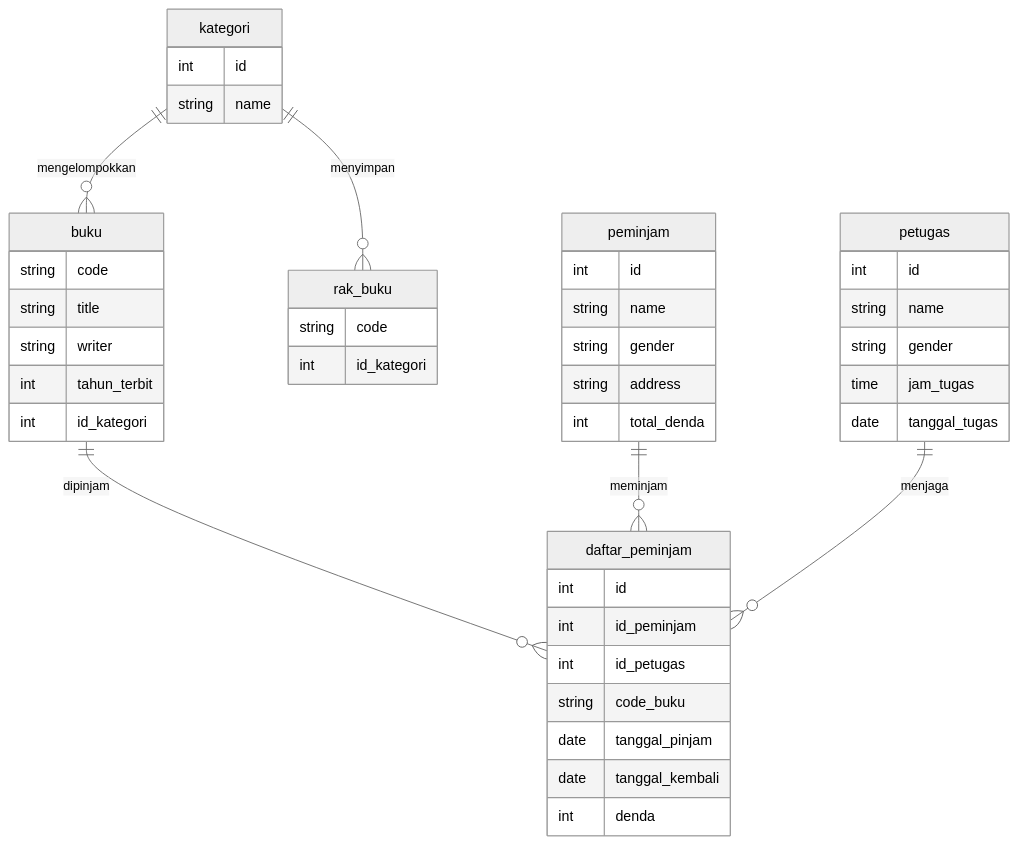
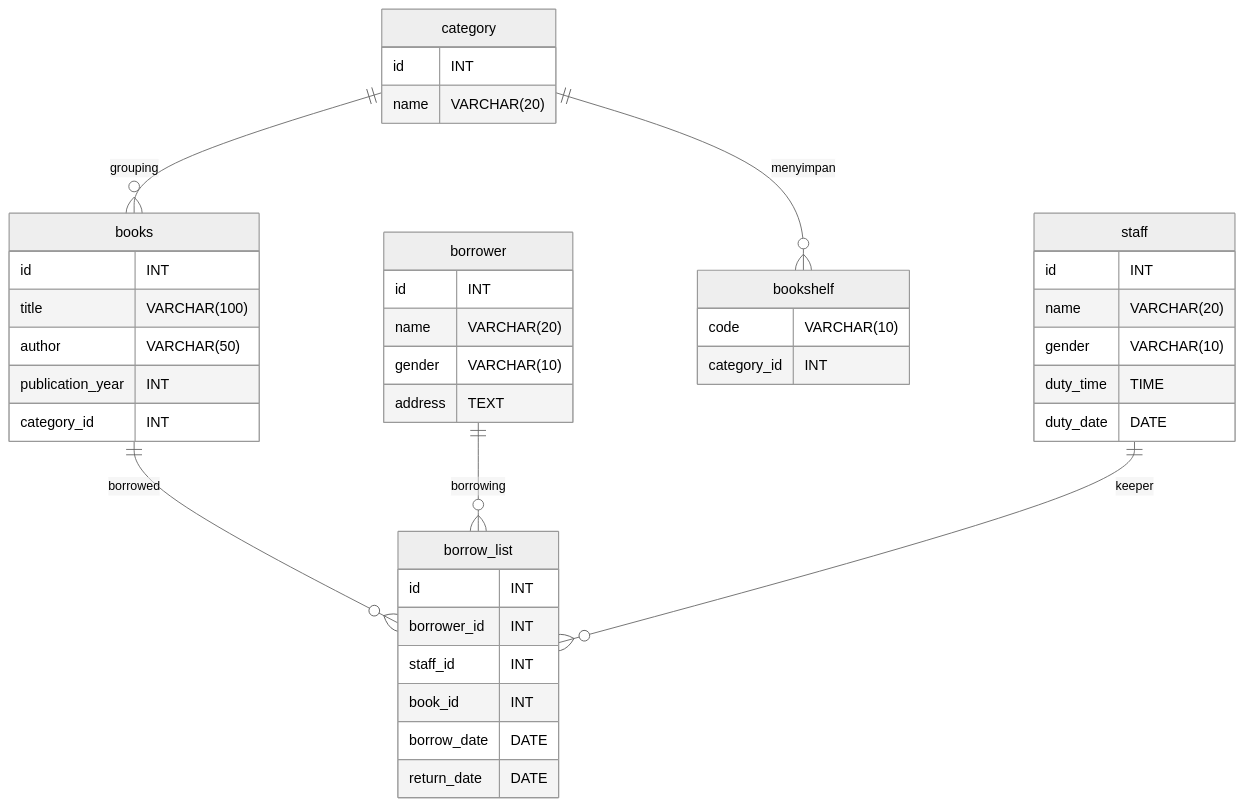
Before and after one commit to siddiq24/koda-b4-db1: the diagram in README.md, drawn with Mermaid (neutral theme). The commit also changed other lines of this file and 3 other files, not shown here.

````diff
--- a/README.md
+++ b/README.md
@@ -1,53 +1,51 @@
 ```mermaid
 erDiagram
-    buku {
-        string code
-        string title
-        string writer
-        int tahun_terbit
-        int id_kategori
+    staff {
+       id INT
+       name VARCHAR(20)
+       gender VARCHAR(10)
+       duty_time TIME
+       duty_date DATE
     }
 
-    kategori {
-        int id
-        string name
+    borrower {
+        id INT 
+        name VARCHAR(20)
+        gender VARCHAR(10)
+        address TEXT
     }
 
-    rak_buku {
-        string code
-        int id_kategori
+    category {
+        id INT
+        name VARCHAR(20)
     }
 
-    petugas {
-        int id
-        string name
-        string gender
-        time jam_tugas
-        date tanggal_tugas
+    bookshelf {
+        code VARCHAR(10)
+        category_id INT
     }
 
-    peminjam {
-        int id
-        string name
-        string gender
-        string address
-        int total_denda
+    books {
+        id INT
+        title VARCHAR(100)
+        author VARCHAR(50)
+        publication_year INT
+        category_id INT
     }
 
-    daftar_peminjam {
-        int id
-        int id_peminjam
-        int id_petugas
-        string code_buku
-        date tanggal_pinjam
-        date tanggal_kembali
-        int denda
+    borrow_list {
+        id INT
+        borrower_id INT
+        staff_id INT
+        book_id INT
+        borrow_date DATE
+        return_date DATE
     }
 
-    buku ||--o{ daftar_peminjam : "dipinjam"
-    peminjam ||--o{ daftar_peminjam : "meminjam"
-    petugas ||--o{ daftar_peminjam : "menjaga"
-    kategori ||--o{ buku : "mengelompokkan"
-    kategori ||--o{ rak_buku : "menyimpan"
+    books ||--o{ borrow_list : "borrowed"
+    borrower ||--o{ borrow_list : "borrowing"
+    staff ||--o{ borrow_list : "keeper"
+    category ||--o{ books : "grouping"
+    category ||--o{ bookshelf : "menyimpan"
 
 ```
````
